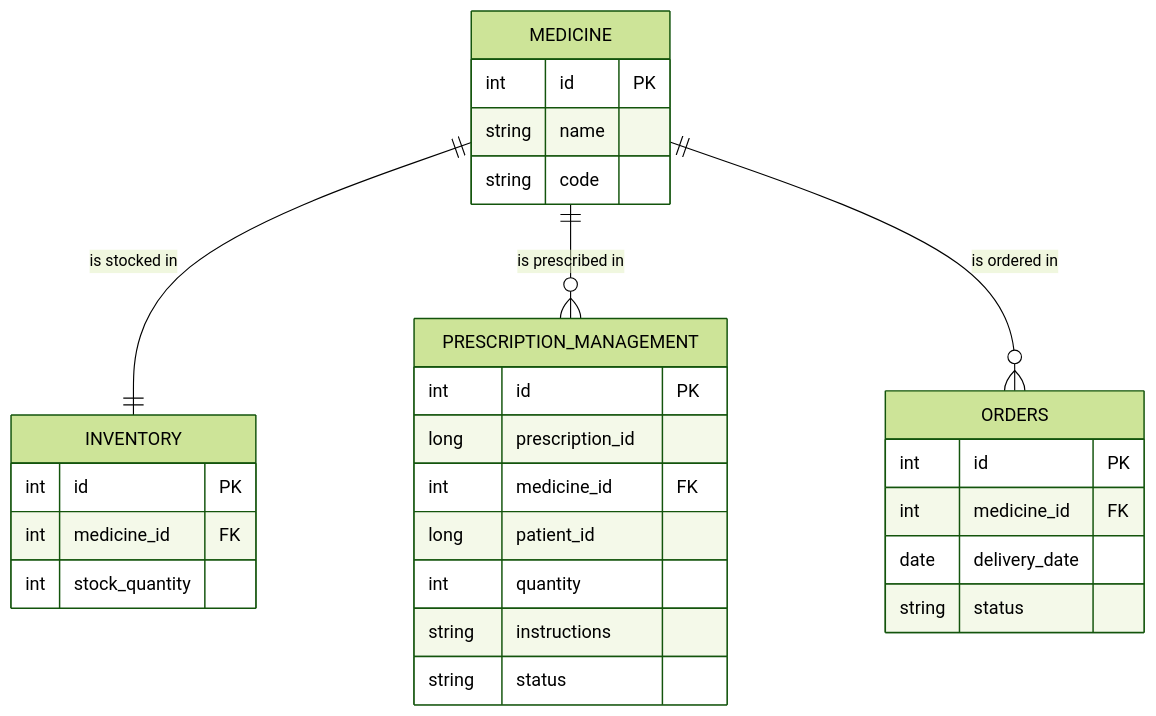
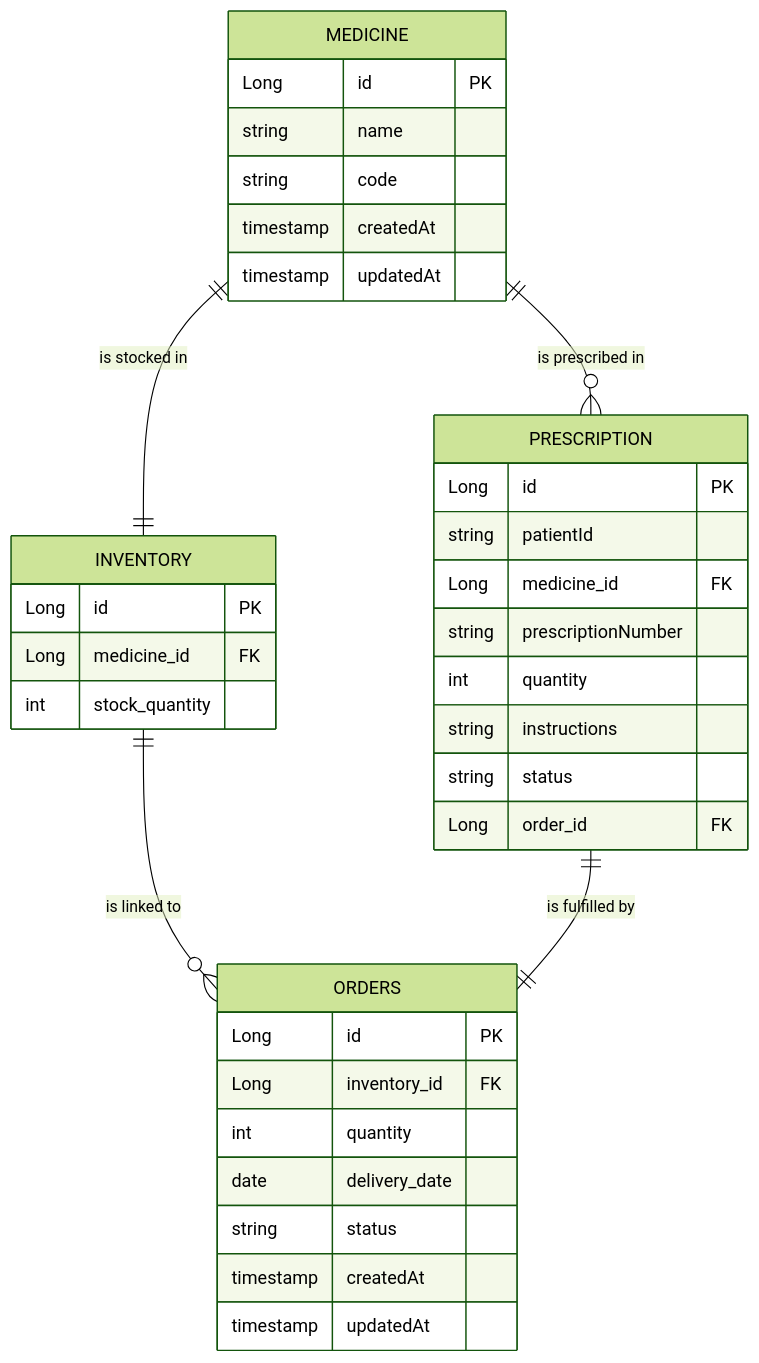
One commit to York-Solutions-B2E/tsg-10-pharmacy-api changed the diagram in README.md. Above: the diagram before and after it, drawn with Mermaid (forest theme). The commit also changed other lines of this file, not shown here.

Commit message:
Update README.md
Updated ERD Diagram, removed empty architecture diagram.

````diff
--- a/README.md
+++ b/README.md
@@ -107,32 +107,39 @@
 ```mermaid
 erDiagram
     MEDICINE {
-        int id PK
+        Long id PK
         string name
         string code
+        timestamp createdAt
+        timestamp updatedAt
     }
     INVENTORY {
-        int id PK
-        int medicine_id FK
+        Long id PK
+        Long medicine_id FK
         int stock_quantity
     }
-    PRESCRIPTION_MANAGEMENT {
-        int id PK
-        long prescription_id
-        int medicine_id FK
-        long patient_id
+    PRESCRIPTION {
+        Long id PK
+        string patientId
+        Long medicine_id FK
+        string prescriptionNumber
         int quantity
         string instructions
         string status
+        Long order_id FK
     }
     ORDERS {
-        int id PK
-        int medicine_id FK
+        Long id PK
+        Long inventory_id FK
+        int quantity
         date delivery_date
         string status
+        timestamp createdAt
+        timestamp updatedAt
     }
 
     MEDICINE ||--|| INVENTORY : "is stocked in"
-    MEDICINE ||--o{ PRESCRIPTION_MANAGEMENT : "is prescribed in"
-    MEDICINE ||--o{ ORDERS : "is ordered in"
+    MEDICINE ||--o{ PRESCRIPTION : "is prescribed in"
+    INVENTORY ||--o{ ORDERS : "is linked to"
+    PRESCRIPTION ||--|| ORDERS : "is fulfilled by"
 ```
````
